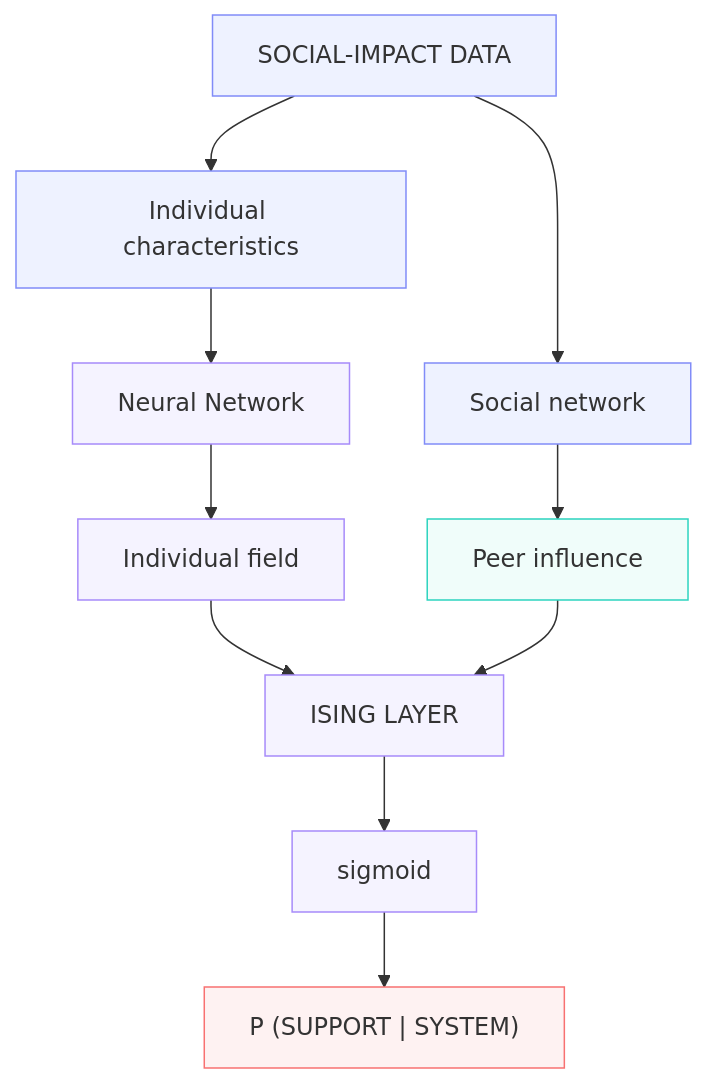
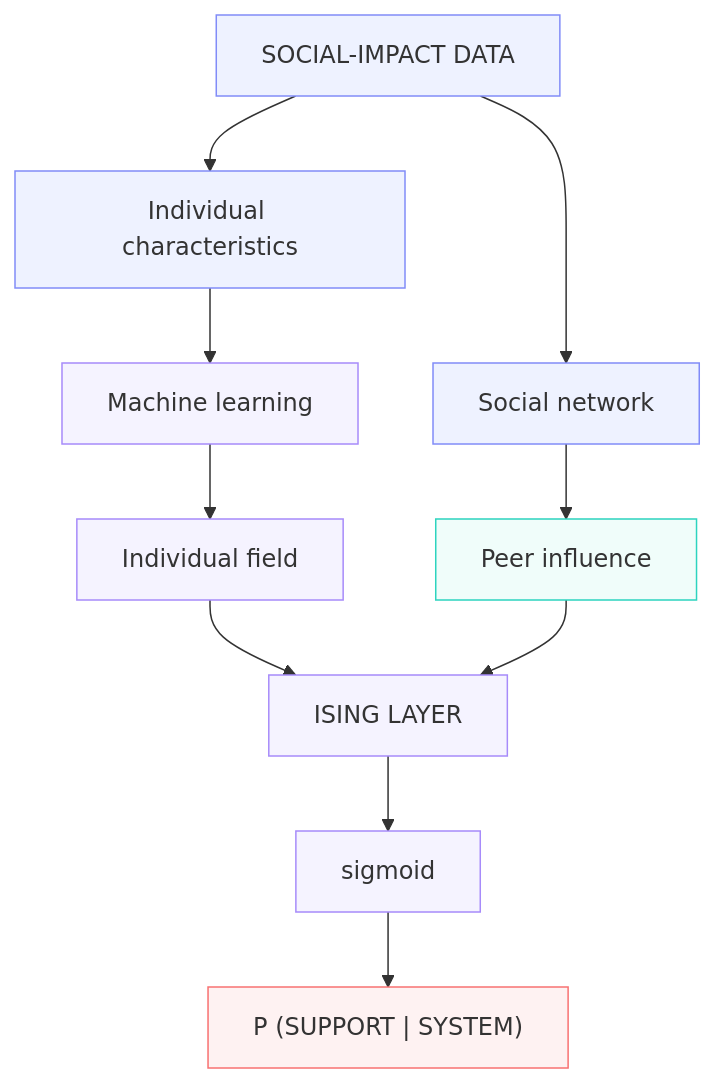
The diagram in README.md (Mariana-NFT/ann-ising-socialmodel), drawn with Mermaid before and after one commit. The commit also changed other lines of this file, not shown here.

````diff
--- a/README.md
+++ b/README.md
@@ -32,35 +32,35 @@
 ```mermaid
 graph TD
     A[SOCIAL-IMPACT DATA]
     B[Individual characteristics]
     C[Social network]
-    E[Neural Network]
+    E[Machine learning]
     F["Individual field"]
     G["Peer influence"]
     H[ISING LAYER]
     J[sigmoid]
     K["P (SUPPORT | SYSTEM)"]
     
     A --> B
     A --> C
     B --> E
     C --> G
     E --> F
     F --> H
     G --> H
     H --> J
     J --> K
     
     classDef dataNode stroke:#818cf8,fill:#eef2ff
     classDef processNode stroke:#a78bfa,fill:#f5f3ff
     classDef networkNode stroke:#2dd4bf,fill:#f0fdfa
     classDef outputNode stroke:#f87171,fill:#fef2f2
     
     class A dataNode
     class B,C dataNode
     class D networkNode
     class E,F processNode
     class G networkNode
     class H,I,J processNode
     class K outputNode
 ```
````
